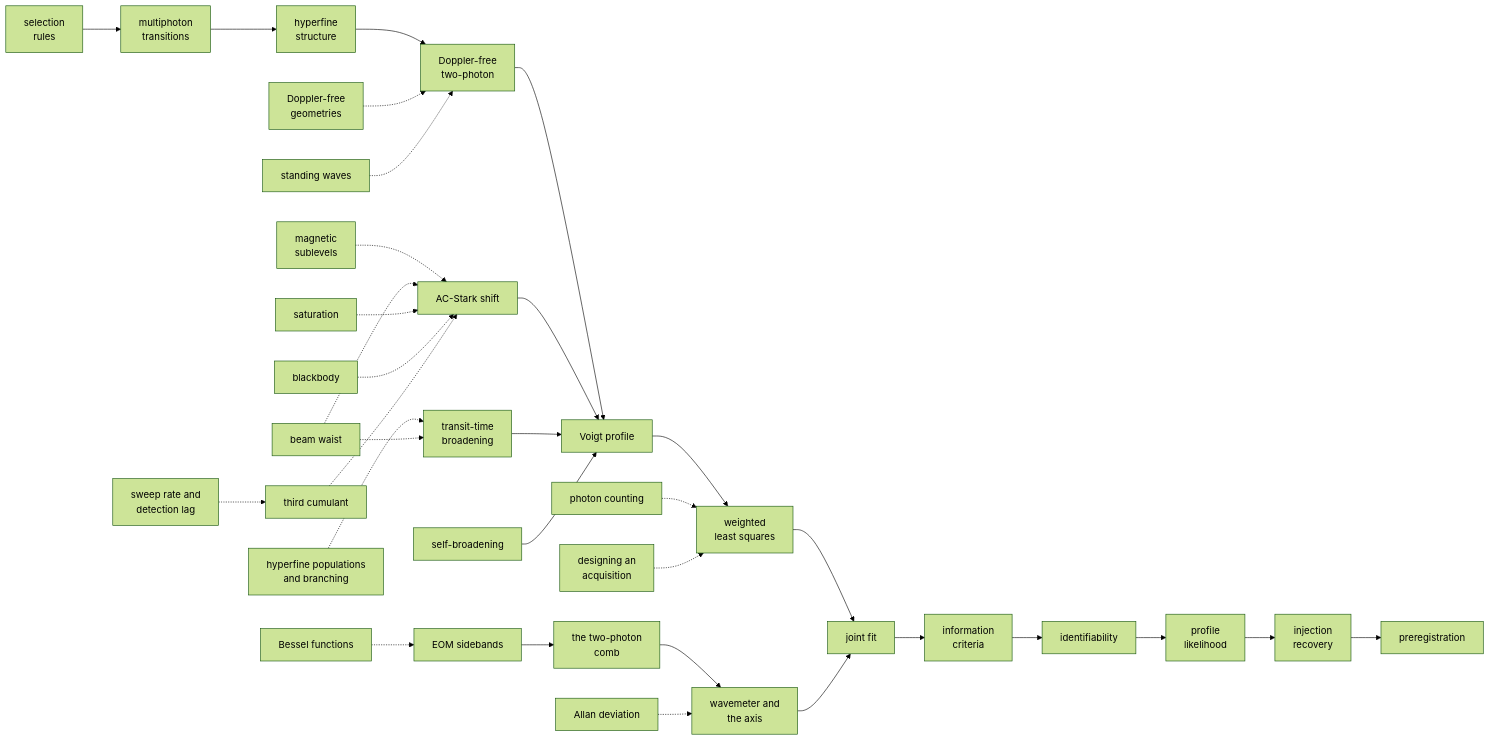
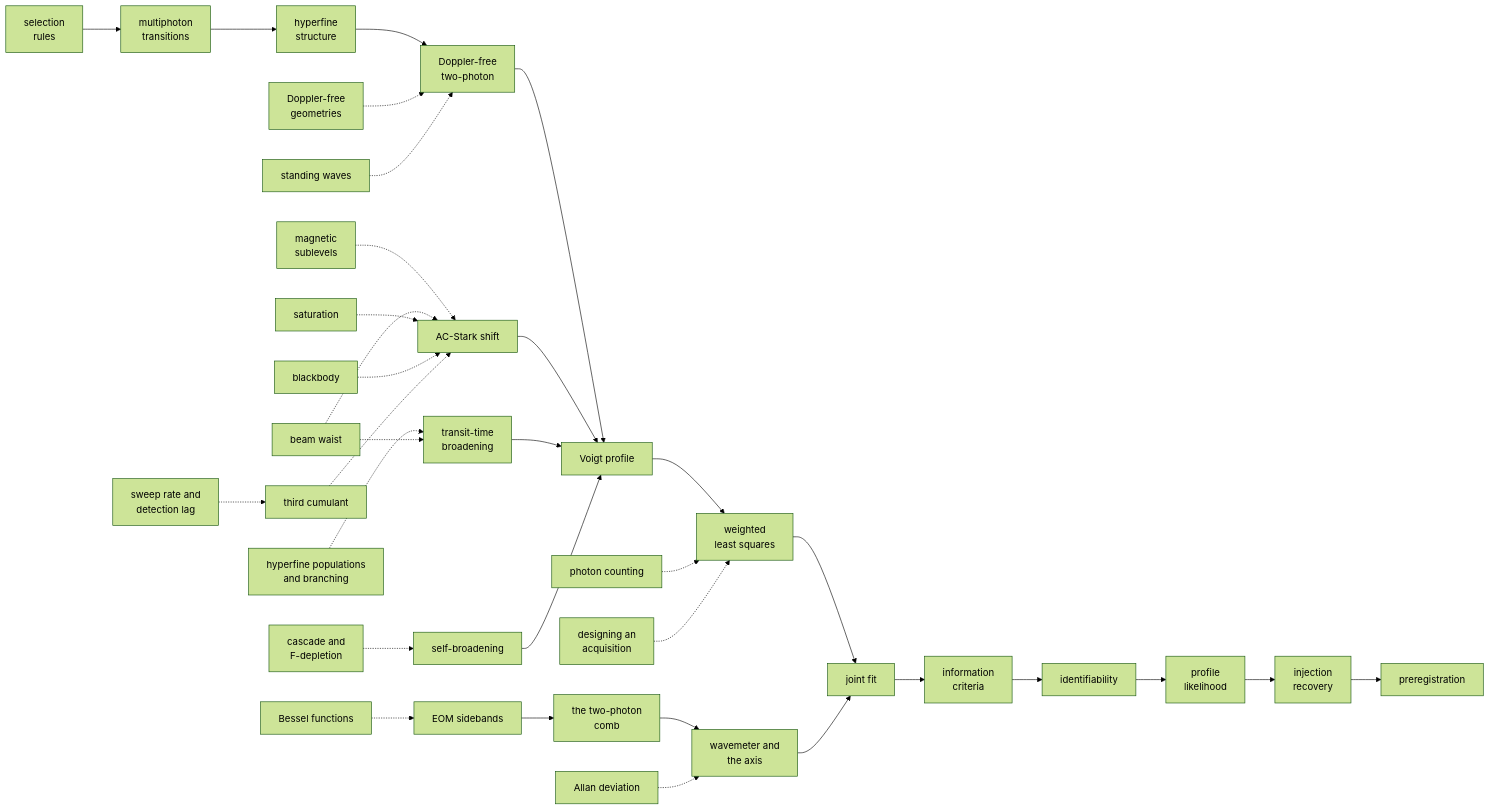
One commit to MichelangeloDondi/Rb-5S-6S-analysis changed the diagram in docs/wiki/README.md. Above: the diagram before and after it, drawn with Mermaid (forest theme). The commit also changed other lines of this file and 84 other files, not shown here.

````diff
--- a/docs/wiki/README.md
+++ b/docs/wiki/README.md
@@ -182,34 +182,35 @@
 ```mermaid
 flowchart LR
     SR["selection<br/>rules"] --> MP["multiphoton<br/>transitions"]
     MP --> HF["hyperfine<br/>structure"]
     HF --> D["Doppler-free<br/>two-photon"]
     DG["Doppler-free<br/>geometries"] -.-> D
     MS["magnetic<br/>sublevels"] -.-> S
     HP["hyperfine populations<br/>and branching"] -.-> T
+    CF["cascade and<br/>F-depletion"] -.-> C
     D --> V["Voigt profile"]
     S["AC-Stark shift"] --> V
     T["transit-time<br/>broadening"] --> V
     C["self-broadening"] --> V
     V --> W["weighted<br/>least squares"]
     W --> J["joint fit"]
     J --> I["information<br/>criteria"]
     I --> ID["identifiability"]
     ID --> PL["profile<br/>likelihood"]
     PL --> IR["injection<br/>recovery"]
     IR --> PR["preregistration"]
     E["EOM sidebands"] --> TPC["the two-photon<br/>comb"]
     TPC --> WM["wavemeter and<br/>the axis"]
     SRL["sweep rate and<br/>detection lag"] -.-> K
     PC["photon counting"] -.-> W
     ACQ["designing an<br/>acquisition"] -.-> W
     WM --> J
     SW["standing waves"] -.-> D
     BW["beam waist"] -.-> S
     BW -.-> T
     SAT["saturation"] -.-> S
     B["blackbody"] -.-> S
     K["third cumulant"] -.-> S
     A["Allan deviation"] -.-> WM
     BF["Bessel functions"] -.-> E
 ```
````
